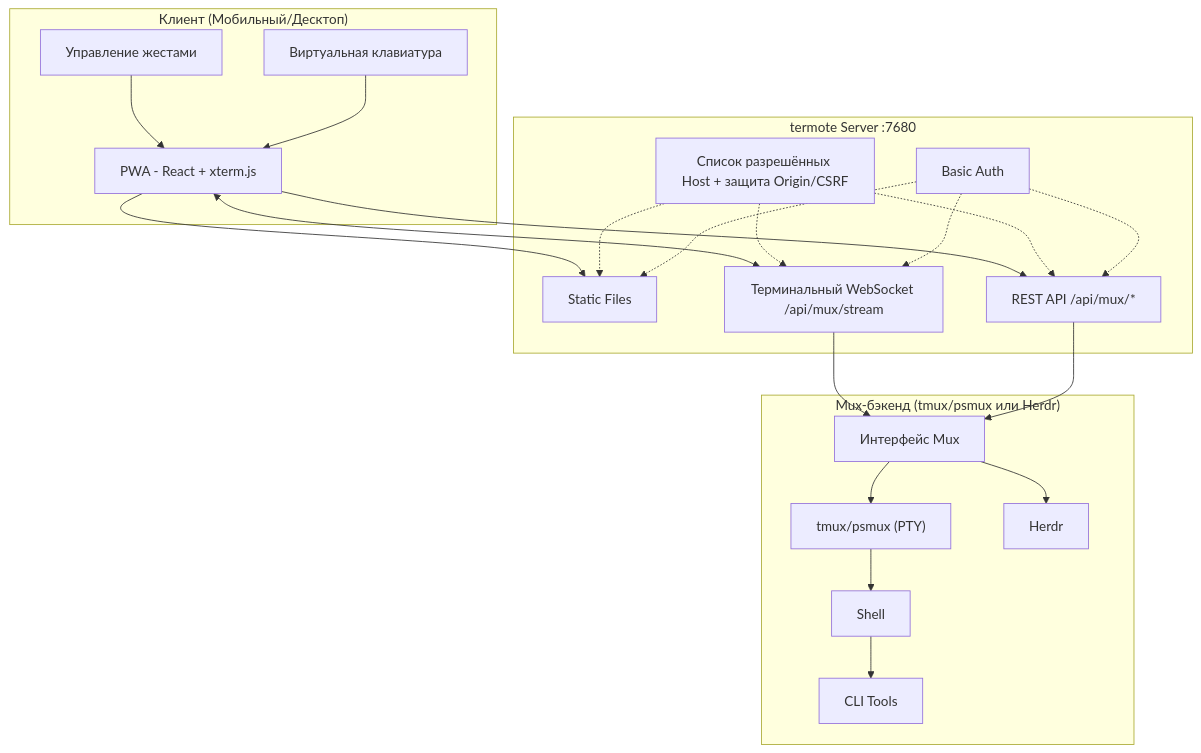
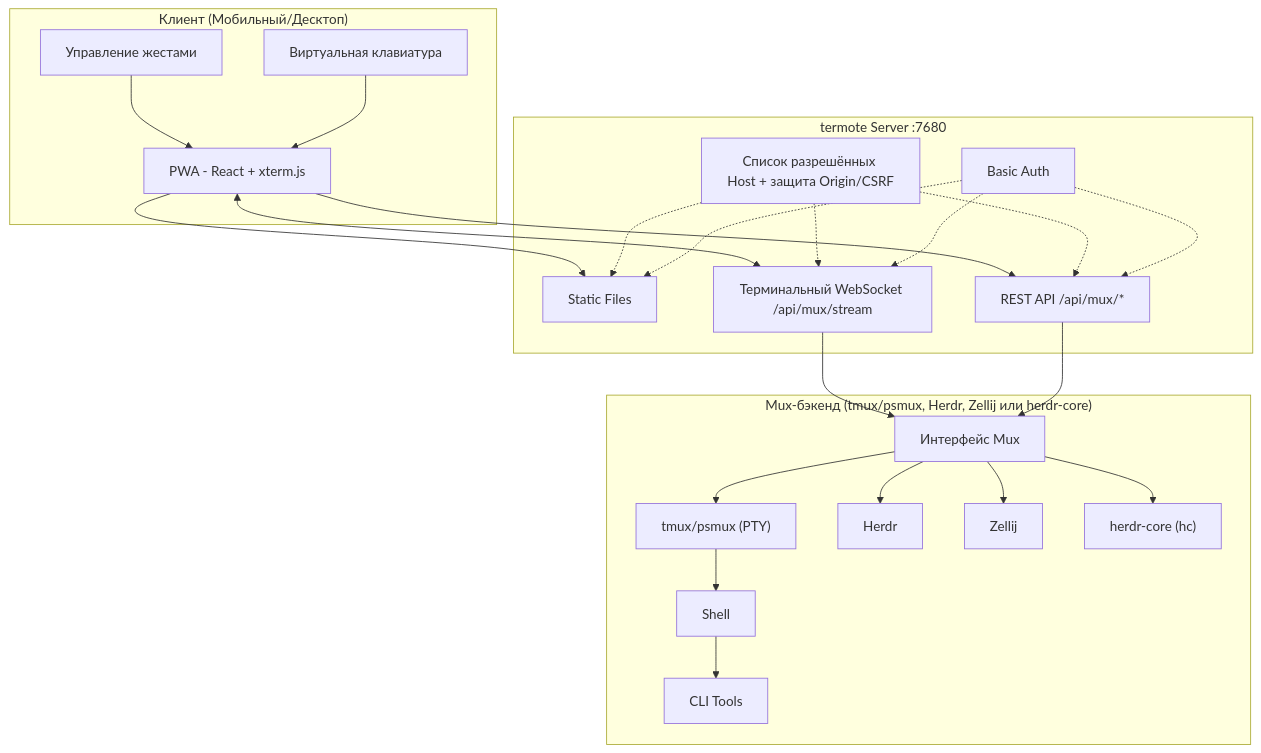
The first of 2 diagrams in README.ru.md (lamngockhuong/termote), drawn with Mermaid before and after one commit. The commit also changed other lines of this file and 14 other files, not shown here.

````diff
--- a/README.ru.md
+++ b/README.ru.md
@@ -91,36 +93,38 @@
 ```mermaid
 flowchart TB
     subgraph Client["Клиент (Мобильный/Десктоп)"]
         PWA["PWA - React + xterm.js"]
         Gestures["Управление жестами"]
         Keyboard["Виртуальная клавиатура"]
     end
 
     subgraph Server["termote Server :7680"]
         Static["Static Files"]
         Stream["Терминальный WebSocket /api/mux/stream"]
         API["REST API /api/mux/*"]
         Guard["Список разрешённых Host + защита Origin/CSRF"]
         Auth["Basic Auth"]
     end
 
-    subgraph Backend["Mux-бэкенд (tmux/psmux или Herdr)"]
+    subgraph Backend["Mux-бэкенд (tmux/psmux, Herdr, Zellij или herdr-core)"]
         Mux["Интерфейс Mux"]
         tmux["tmux/psmux (PTY)"]
         herdr["Herdr"]
+        zellij["Zellij"]
+        hc["herdr-core (hc)"]
         Shell["Shell"]
         Tools["CLI Tools"]
     end
 
     Gestures --> PWA
     Keyboard --> PWA
     PWA --> Static
     PWA <--> Stream
     PWA --> API
     Guard -.-> Static & Stream & API
     Auth -.-> Static & Stream & API
     Stream --> Mux
     API --> Mux
-    Mux --> tmux & herdr
+    Mux --> tmux & herdr & zellij & hc
     tmux --> Shell --> Tools
 ```
````
